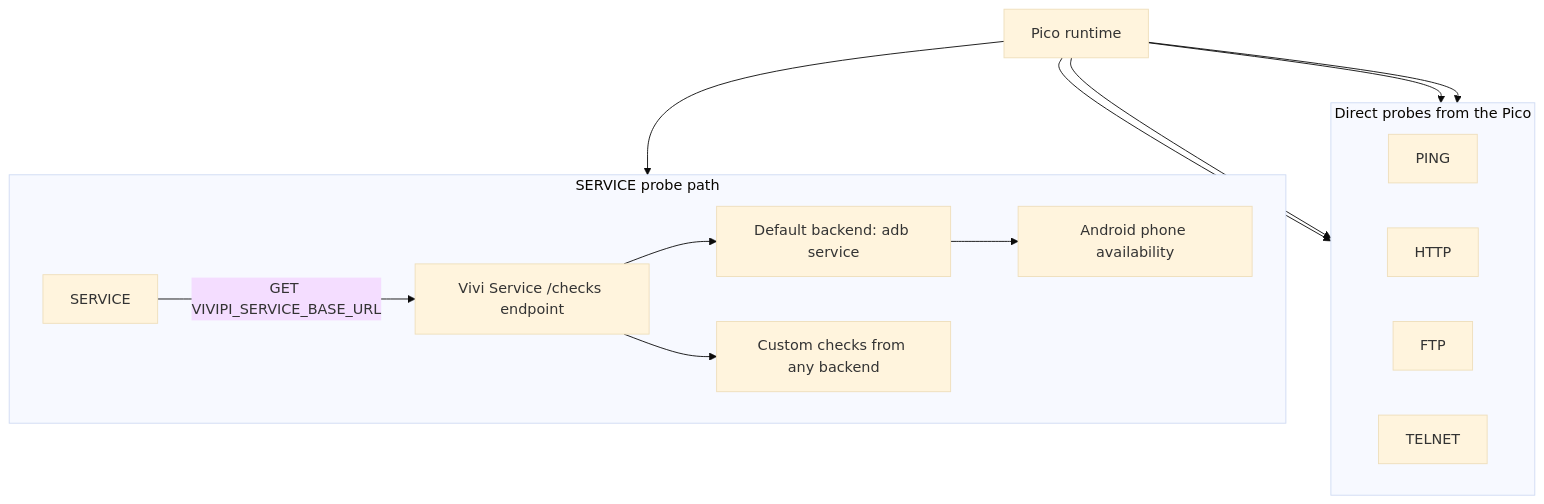
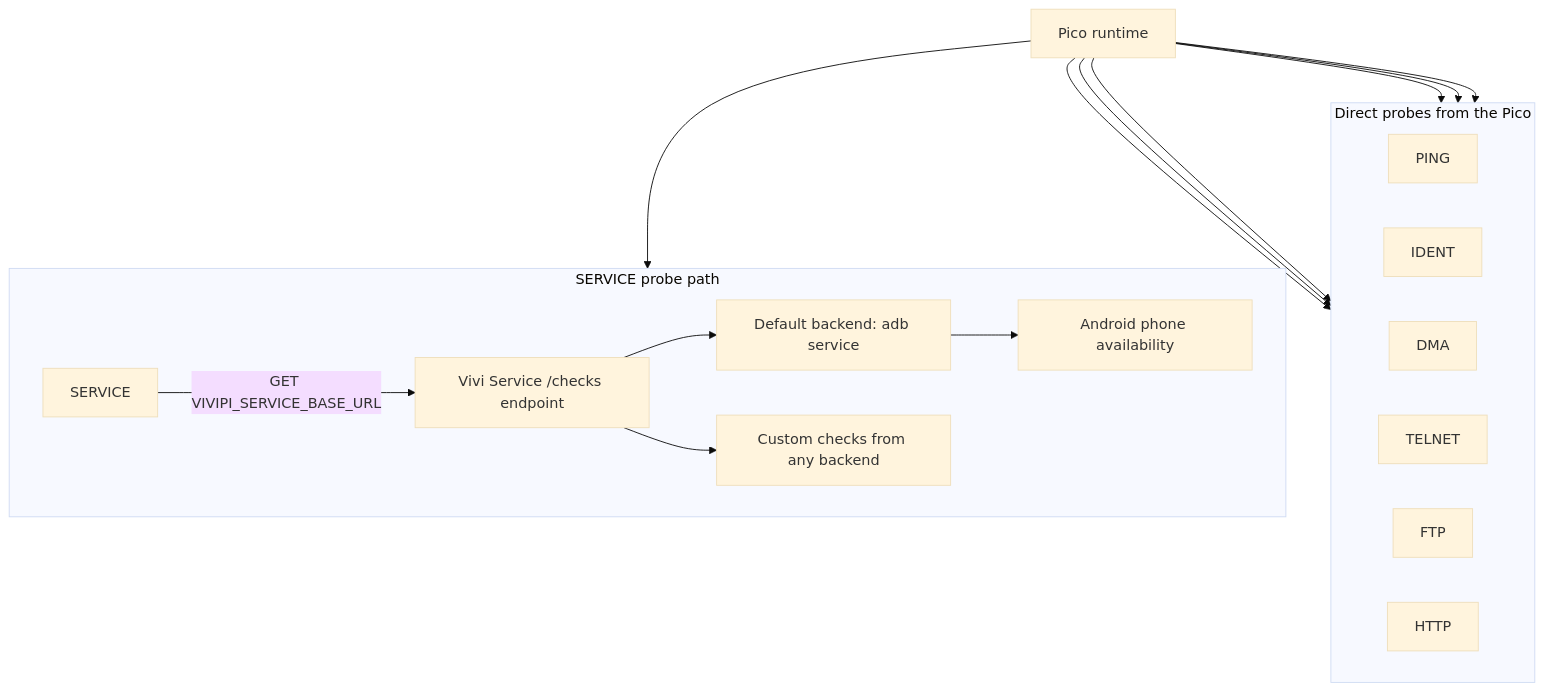
Before and after one commit to chrisgleissner/vivipi: the diagram in README.md, drawn with Mermaid (base theme). The commit also changed other lines of this file and 26 other files, not shown here.

First line of the commit message:
Add support for IDENT and DMA checks, update tests and configurations

````diff
--- a/README.md
+++ b/README.md
@@ -28,32 +28,36 @@
 ```mermaid
 flowchart TB
   Pico[Pico runtime]
 
   subgraph Direct[Direct probes from the Pico]
     direction LR
     Ping[PING]
+    Ident[IDENT]
+    Dma[DMA]
+    Telnet[TELNET]
+    Ftp[FTP]
     Http[HTTP]
-    Ftp[FTP]
-    Telnet[TELNET]
   end
 
   subgraph ServicePath[SERVICE probe path]
     direction LR
     ServiceProbe[SERVICE]
     ServiceAPI[Vivi Service /checks endpoint]
     AdbBackend[Default backend: adb service]
     Android[Android phone availability]
     CustomChecks[Custom checks from any backend]
 
     ServiceProbe -->|GET VIVIPI_SERVICE_BASE_URL| ServiceAPI
     ServiceAPI --> AdbBackend
     AdbBackend --> Android
     ServiceAPI --> CustomChecks
   end
 
   Pico --> Ping
+  Pico --> Ident
+  Pico --> Dma
+  Pico --> Telnet
+  Pico --> Ftp
   Pico --> Http
-  Pico --> Ftp
-  Pico --> Telnet
   Pico --> ServiceProbe
 ```
````
